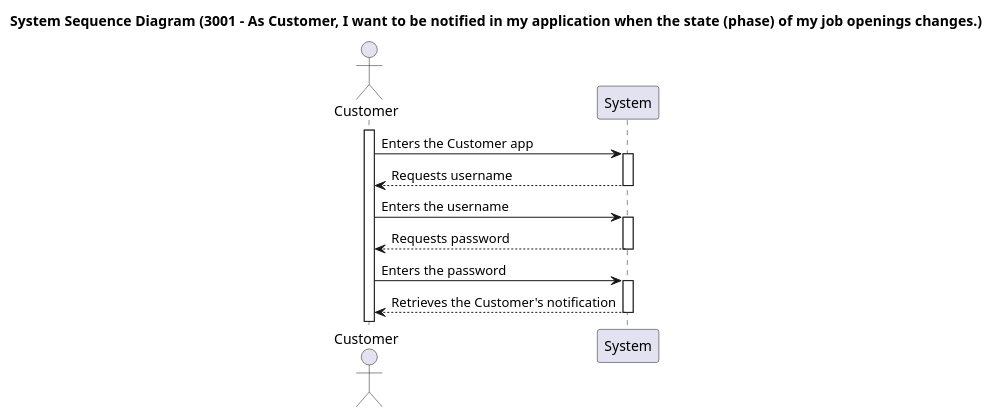
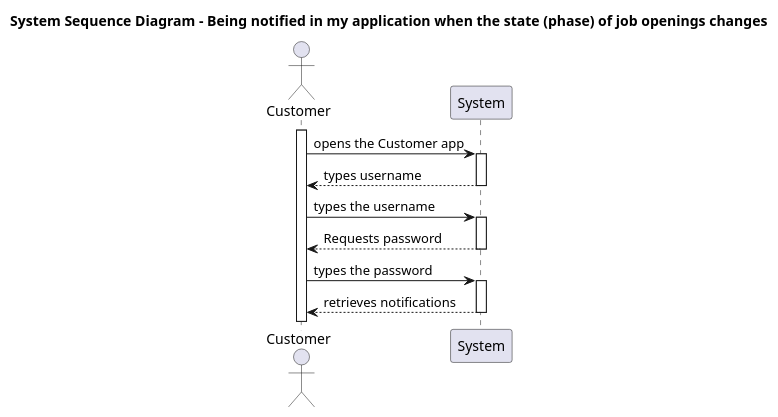
One commit to marcoferreira37/Lapr4 changed the diagram in docs/sprintC/3003/puml/3003-system-sequence-diagram.puml. Above: the diagram before and after it, drawn with PlantUML. The commit also changed 13 other files, not shown here.

```diff
--- a/docs/sprintC/3003/puml/3003-system-sequence-diagram.puml
+++ b/docs/sprintC/3003/puml/3003-system-sequence-diagram.puml
@@ -1,26 +1,26 @@
 @startuml
-title System Sequence Diagram (3001 - As Customer, I want to be notified in my application when the state (phase) of my job openings changes.)
+title System Sequence Diagram - Being notified in my application when the state (phase) of job openings changes
 
 actor Customer as Customer
 participant System as "System"
 
 activate Customer
 
-Customer -> System: Enters the Customer app
+Customer -> System: opens the Customer app
 activate System
 
-System --> Customer: Requests username
+System --> Customer: types username
 deactivate System
 
-Customer -> System: Enters the username
+Customer -> System: types the username
 activate System
 
 System --> Customer: Requests password
 deactivate System
-Customer->System: Enters the password
+Customer->System: types the password
 activate System
 
-System --> Customer: Retrieves the Customer's notification
+System --> Customer: retrieves notifications
 deactivate System
 
 @enduml
```
